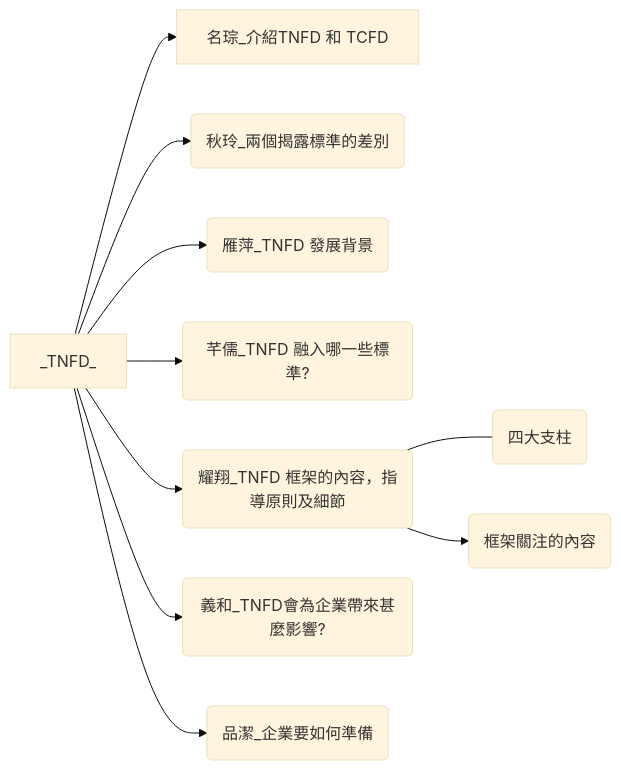
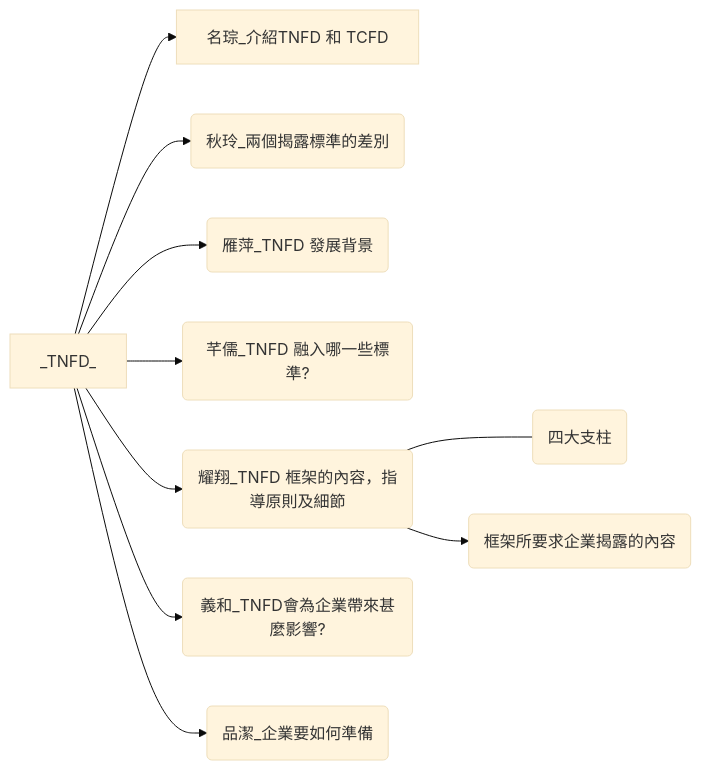
The diagram in docs/class/eco.md (bridgerhung/wiki_NYUST), drawn with Mermaid (base theme) before and after one commit.

````diff
--- a/docs/class/eco.md
+++ b/docs/class/eco.md
@@ -18,14 +18,14 @@
 ```mermaid
 flowchart LR
     0[_TNFD_] --> 1["名琮_介紹TNFD 和 TCFD"]
     0 --> 2("秋玲_兩個揭露標準的差別")
     0 --> 3("雁萍_TNFD 發展背景")
     0 --> 4("芊儒_TNFD 融入哪一些標準?")
     0 --> 5("耀翔_TNFD 框架的內容，指導原則及細節")
     5 --- 5.1(四大支柱)
-    5 --> 5.2(框架關注的內容)
+    5 --> 5.2(框架所要求企業揭露的內容)
     0 --> 6("義和_TNFD會為企業帶來甚麼影響?")
     0 --> 7("品潔_企業要如何準備")
   
 click 0 "https://csr.cw.com.tw/article/43146"
 ```
````
